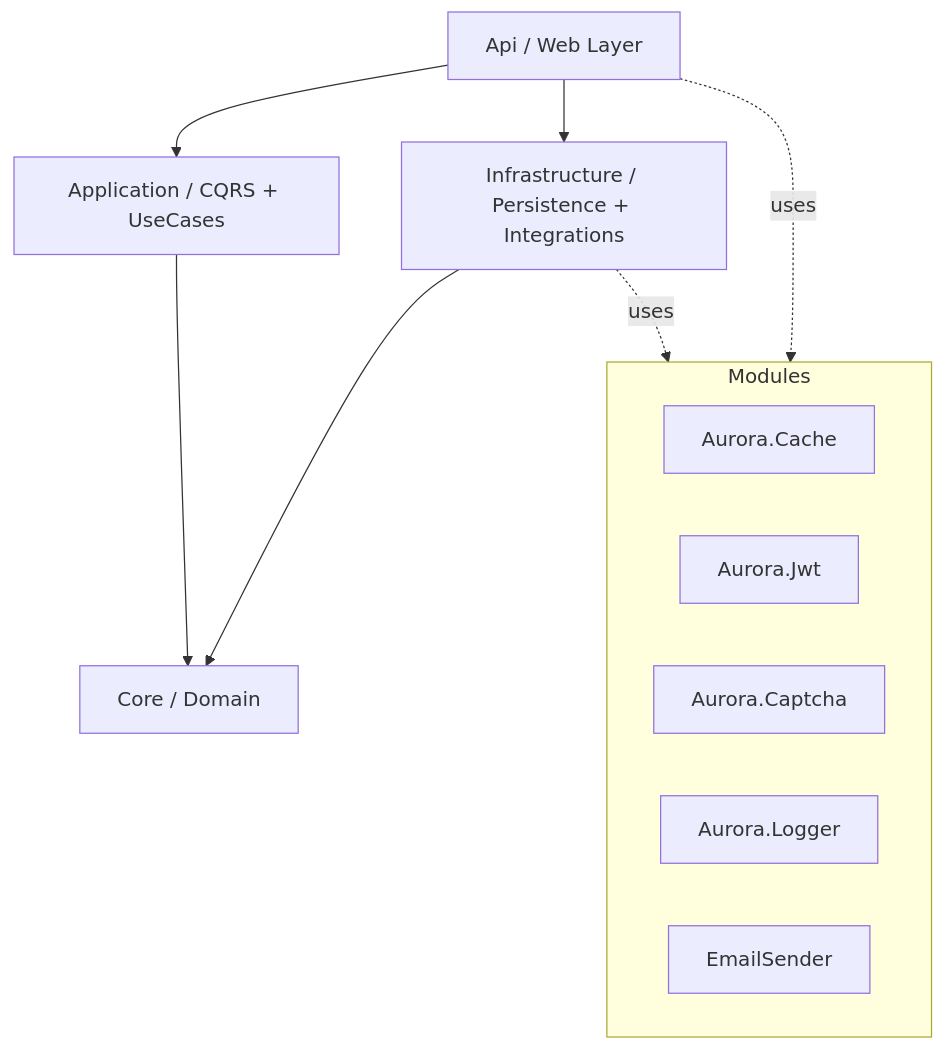
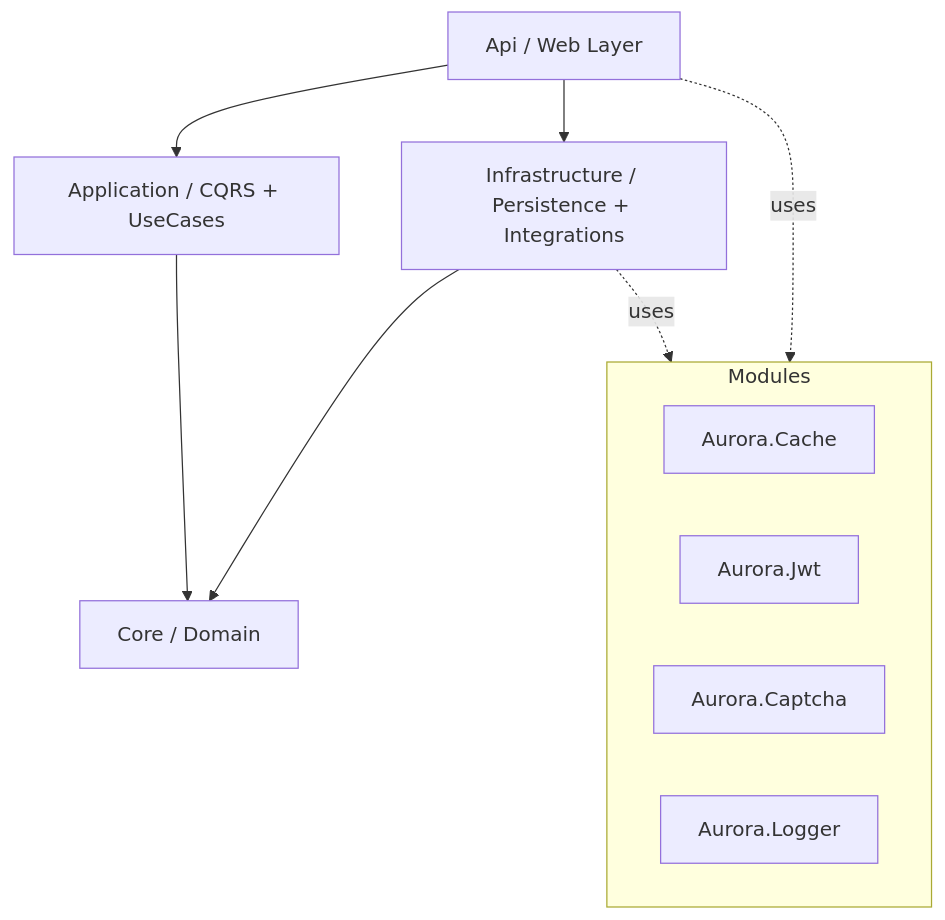
The first of 2 diagrams in README.md (Rezakp3/AuroraBase), drawn with Mermaid before and after one commit. The commit also changed other lines of this file, not shown here.

First line of the commit message:
Remove EmailSender module mentions from README

````diff
--- a/README.md
+++ b/README.md
@@ -51,18 +51,17 @@
 ```mermaid
 graph TD
     Api[Api / Web Layer] --> Application[Application / CQRS + UseCases]
     Application --> Core[Core / Domain]
     Infrastructure[Infrastructure / Persistence + Integrations] --> Core
     Api --> Infrastructure
 
     subgraph Modules
       Cache[Aurora.Cache]
       Jwt[Aurora.Jwt]
       Captcha[Aurora.Captcha]
       Logger[Aurora.Logger]
-      Email[EmailSender]
     end
 
     Api -. uses .-> Modules
     Infrastructure -. uses .-> Modules
 ```
````
